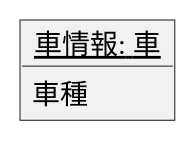
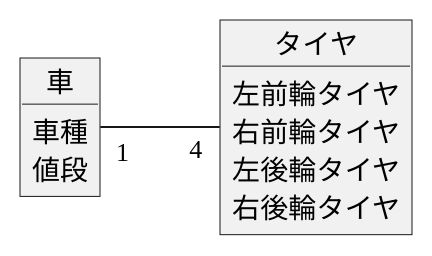
The diagram in 演習3-4_オブジェクト図.pu (moppechan/uml_introduction), drawn with PlantUML before and after one commit. The commit also changed 4 other files, not shown here.

```diff
--- a/演習3-4_オブジェクト図.pu
+++ b/演習3-4_オブジェクト図.pu
@@ -1,6 +1,14 @@
 @startuml オブジェクト図
-object "<u>車情報: 車</u>" as car {
+left to right direction
+object 車 {
 車種
-    
+値段
 }
+object タイヤ {
+左前輪タイヤ    
+右前輪タイヤ
+左後輪タイヤ
+右後輪タイヤ
+}
+車 "1" -- "4" タイヤ
 @enduml
```
